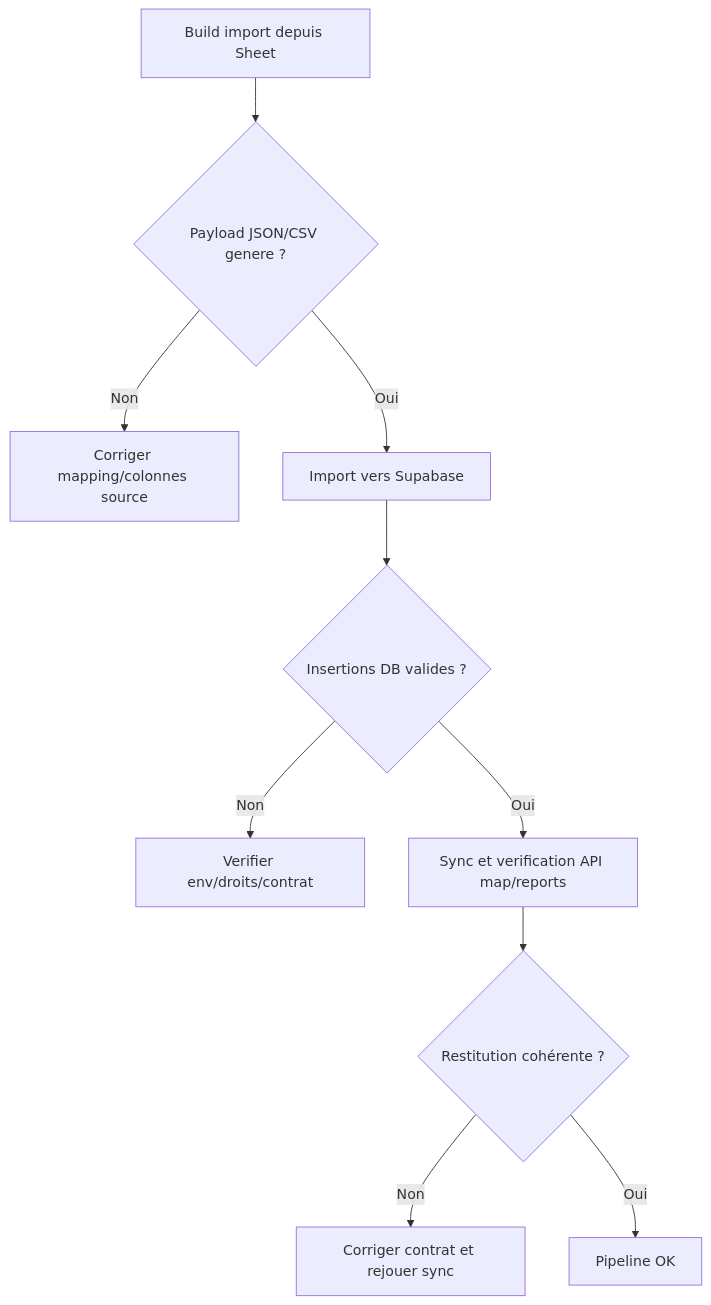
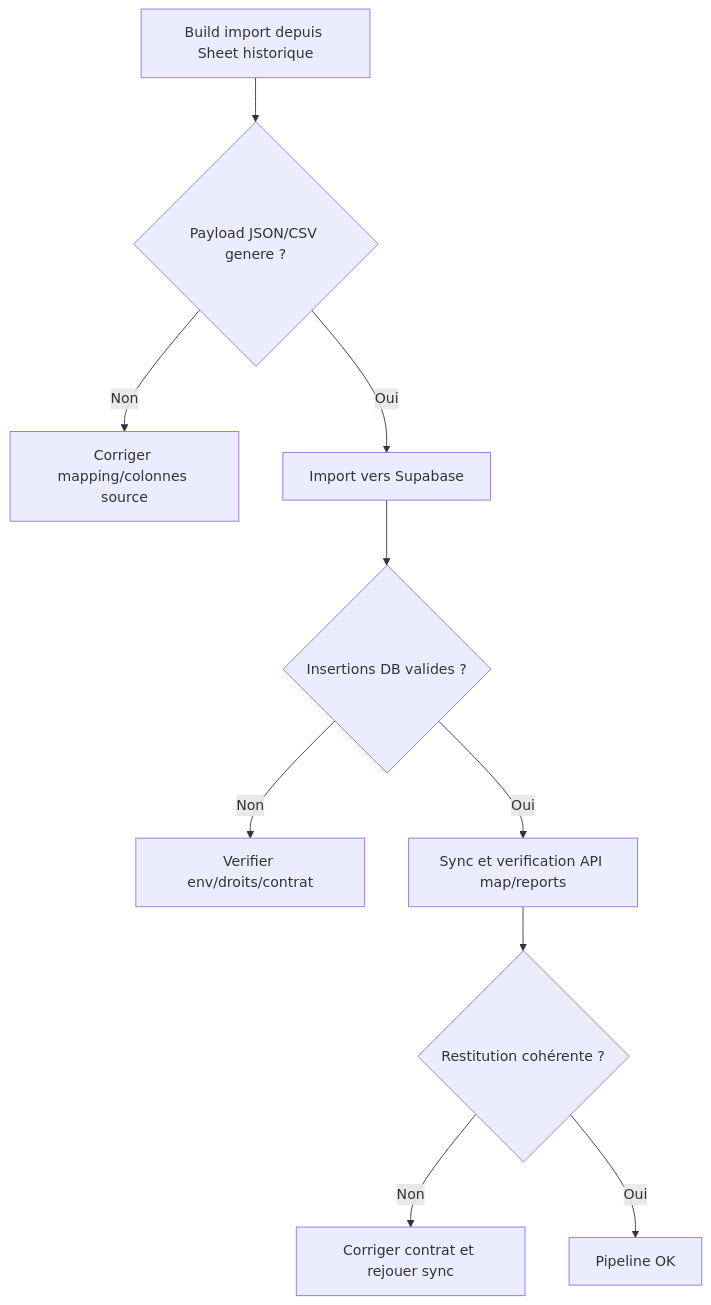
Before and after one commit to maxd4/CleanmyMap: the third of 4 diagrams in documentation/operations/data-import/pipeline-import.md, drawn with Mermaid. The commit also changed other lines of this file and 322 other files, not shown here.

````diff
--- a/documentation/operations/data-import/pipeline-import.md
+++ b/documentation/operations/data-import/pipeline-import.md
@@ -51,12 +51,12 @@
 ```mermaid
 flowchart TD
-  A[Build import depuis Sheet] --> B{Payload JSON/CSV genere ?}
+  A[Build import depuis Sheet historique] --> B{Payload JSON/CSV genere ?}
   B -- Non --> B1[Corriger mapping/colonnes source]
   B -- Oui --> C[Import vers Supabase]
   C --> D{Insertions DB valides ?}
   D -- Non --> D1[Verifier env/droits/contrat]
   D -- Oui --> E[Sync et verification API map/reports]
   E --> F{Restitution cohérente ?}
   F -- Non --> F1[Corriger contrat et rejouer sync]
   F -- Oui --> G[Pipeline OK]
 ```
````
